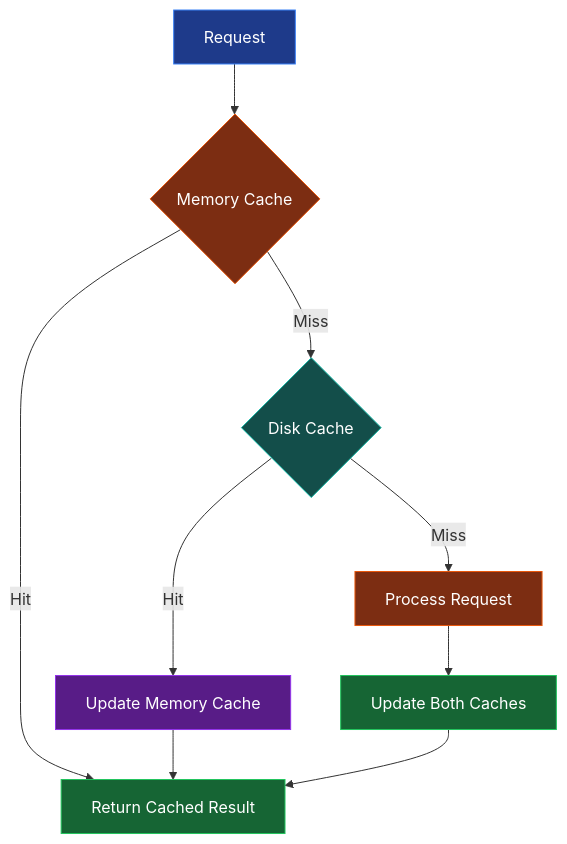
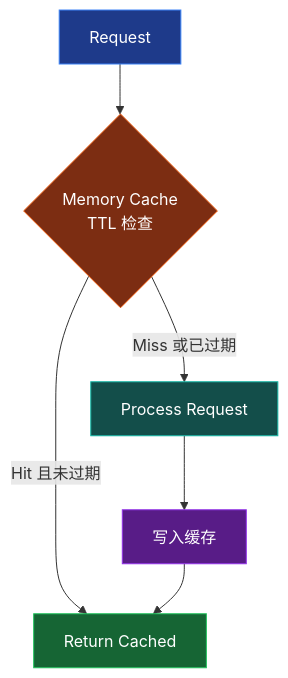
The fourth of 4 diagrams in docs/1-Framework.md (ThreeFish-AI/data-extractor), drawn with Mermaid before and after one commit. The commit also changed other lines of this file, not shown here.

````diff
--- a/docs/1-Framework.md
+++ b/docs/1-Framework.md
@@ -206,19 +175,14 @@
 ```mermaid
 graph TD
-    A[Request] --> B{Memory Cache}
-    B -->|Hit| C[Return Cached Result]
-    B -->|Miss| D{Disk Cache}
-    D -->|Hit| E[Update Memory Cache]
-    D -->|Miss| F[Process Request]
-    F --> G[Update Both Caches]
+    A["Request"] --> B{"Memory Cache<br/>TTL 检查"}
+    B -->|"Hit 且未过期"| C["Return Cached"]
+    B -->|"Miss 或已过期"| D["Process Request"]
+    D --> E["写入缓存"]
     E --> C
-    G --> C
 
     style A fill:#1e3a8a,stroke:#3b82f6,color:#ffffff
     style B fill:#7c2d12,stroke:#ea580c,color:#ffffff
     style C fill:#166534,stroke:#22c55e,color:#ffffff
     style D fill:#134e4a,stroke:#14b8a6,color:#ffffff
     style E fill:#581c87,stroke:#9333ea,color:#ffffff
-    style F fill:#7c2d12,stroke:#ea580c,color:#ffffff
-    style G fill:#166534,stroke:#22c55e,color:#ffffff
 ```
````
